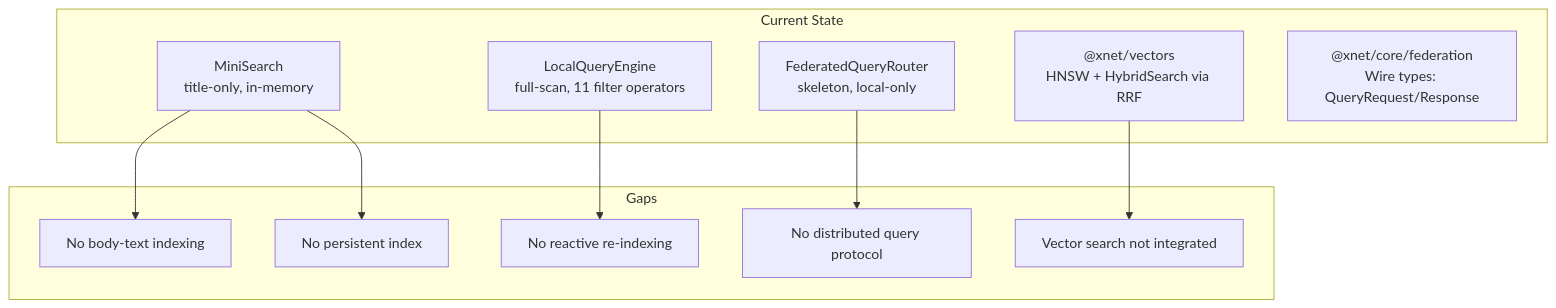
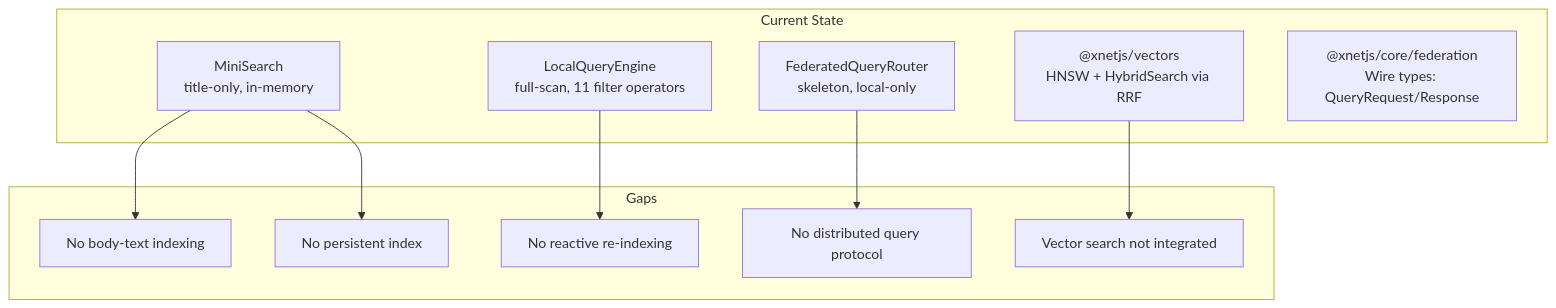
One commit to crs48/xNet changed the first of 12 diagrams in docs/explorations/0023_[_]_DECENTRALIZED_SEARCH.md. Above: the diagram before and after it, drawn with Mermaid. The commit also changed other lines of this file and 980 other files, not shown here.

````diff
--- a/docs/explorations/0023_[_]_DECENTRALIZED_SEARCH.md
+++ b/docs/explorations/0023_[_]_DECENTRALIZED_SEARCH.md
@@ -64,24 +64,24 @@
 ```mermaid
 graph TD
     subgraph "Current State"
         MS["MiniSearch<br/>title-only, in-memory"]
         LQE["LocalQueryEngine<br/>full-scan, 11 filter operators"]
         FQR["FederatedQueryRouter<br/>skeleton, local-only"]
-        VS["@xnet/vectors<br/>HNSW + HybridSearch via RRF"]
-        FED["@xnet/core/federation<br/>Wire types: QueryRequest/Response"]
+        VS["@xnetjs/vectors<br/>HNSW + HybridSearch via RRF"]
+        FED["@xnetjs/core/federation<br/>Wire types: QueryRequest/Response"]
     end
 
     subgraph "Gaps"
         G1["No body-text indexing"]
         G2["No persistent index"]
         G3["No reactive re-indexing"]
         G4["No distributed query protocol"]
         G5["Vector search not integrated"]
     end
 
     MS --> G1
     MS --> G2
     LQE --> G3
     FQR --> G4
     VS --> G5
 ```
````
